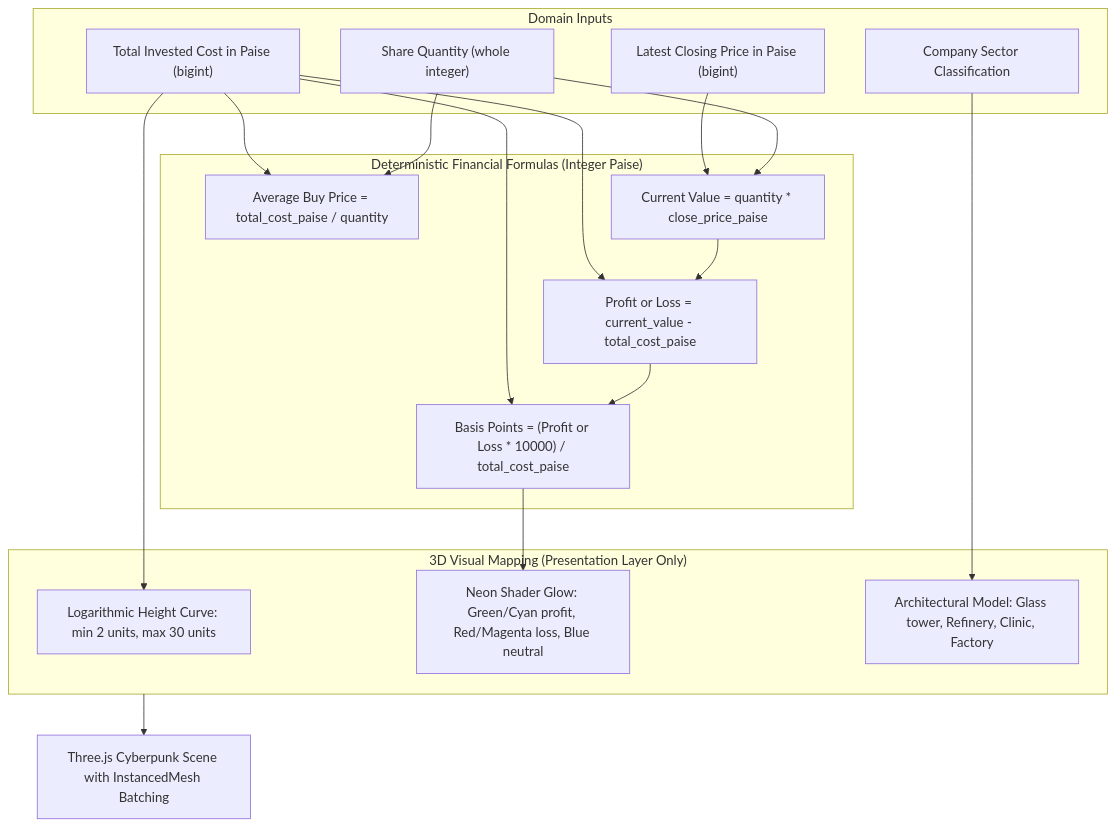
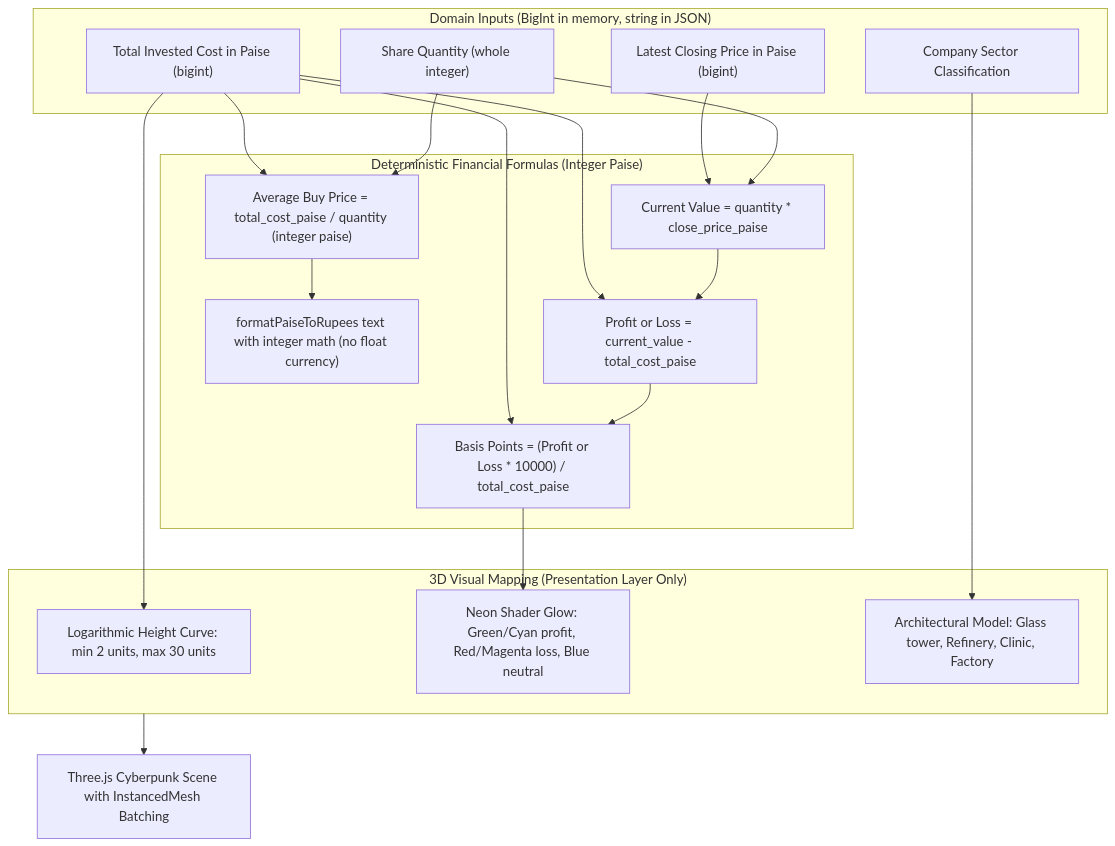
Before and after one commit to shubhamxdd/sto-viz: the fourth of 4 diagrams in foliocity-data-model-diagrams.md, drawn with Mermaid. The commit also changed other lines of this file and 1 other file, not shown here.

Commit message:
docs(spec): accept data model spec and approved diagrams

````diff
--- a/foliocity-data-model-diagrams.md
+++ b/foliocity-data-model-diagrams.md
@@ -145,24 +153,25 @@
 ```mermaid
 flowchart TD
-    subgraph DataInputs["Domain Inputs"]
+    subgraph DataInputs["Domain Inputs (BigInt in memory, string in JSON)"]
         InpQty["Share Quantity (whole integer)"]
         InpCost["Total Invested Cost in Paise (bigint)"]
         InpPrice["Latest Closing Price in Paise (bigint)"]
         InpSector["Company Sector Classification"]
     end
 
     subgraph ExactMath["Deterministic Financial Formulas (Integer Paise)"]
-        InpQty & InpCost --> BuyPriceCalc["Average Buy Price = total_cost_paise / quantity"]
+        InpQty & InpCost --> BuyPriceCalc["Average Buy Price = total_cost_paise / quantity (integer paise)"]
+        BuyPriceCalc --> FormatCalc["formatPaiseToRupees text with integer math (no float currency)"]
         InpQty & InpPrice --> MarketValCalc["Current Value = quantity * close_price_paise"]
         MarketValCalc & InpCost --> ProfitLossCalc["Profit or Loss = current_value - total_cost_paise"]
         ProfitLossCalc & InpCost --> PctCalc["Basis Points = (Profit or Loss * 10000) / total_cost_paise"]
     end
 
     subgraph Procedural3D["3D Visual Mapping (Presentation Layer Only)"]
         InpCost --> HeightCalc["Logarithmic Height Curve: min 2 units, max 30 units"]
         PctCalc --> GlowColorCalc["Neon Shader Glow: Green/Cyan profit, Red/Magenta loss, Blue neutral"]
         InpSector --> MeshStyle["Architectural Model: Glass tower, Refinery, Clinic, Factory"]
     end
 
     Procedural3D --> CityCanvas["Three.js Cyberpunk Scene with InstancedMesh Batching"]
 ```
````
